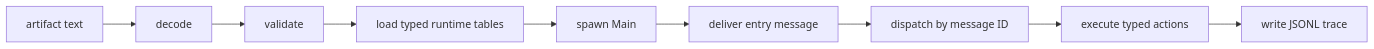
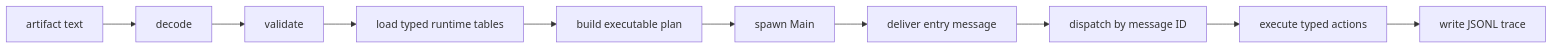
Before and after one commit to beardedeagle/strata: the second of 3 diagrams in docs/src/implementation-architecture.md, drawn with Mermaid. The commit also changed other lines of this file and 44 other files, not shown here.

````diff
--- a/docs/src/implementation-architecture.md
+++ b/docs/src/implementation-architecture.md
@@ -43,14 +43,15 @@
 ```mermaid
 flowchart LR
     Artifact["artifact text"]
     Decode["decode"]
     Validate["validate"]
     Load["load typed runtime tables"]
+    Plan["build executable plan"]
     Spawn["spawn Main"]
     Deliver["deliver entry message"]
     Dispatch["dispatch by message ID"]
     Execute["execute typed actions"]
     Trace["write JSONL trace"]
 
-    Artifact --> Decode --> Validate --> Load --> Spawn --> Deliver --> Dispatch --> Execute --> Trace
+    Artifact --> Decode --> Validate --> Load --> Plan --> Spawn --> Deliver --> Dispatch --> Execute --> Trace
 ```
````
